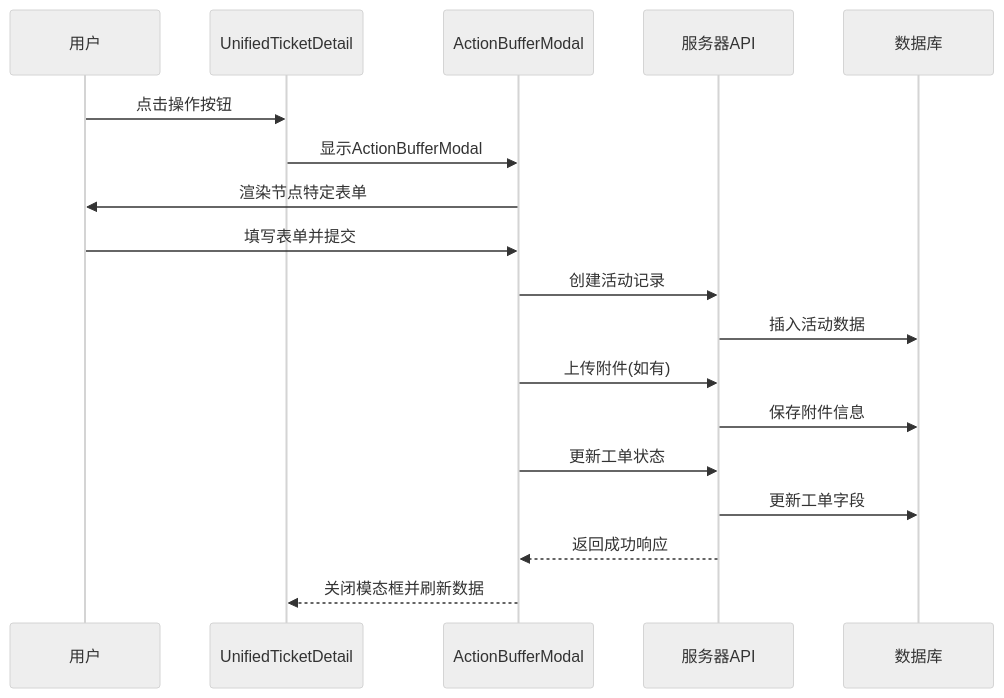
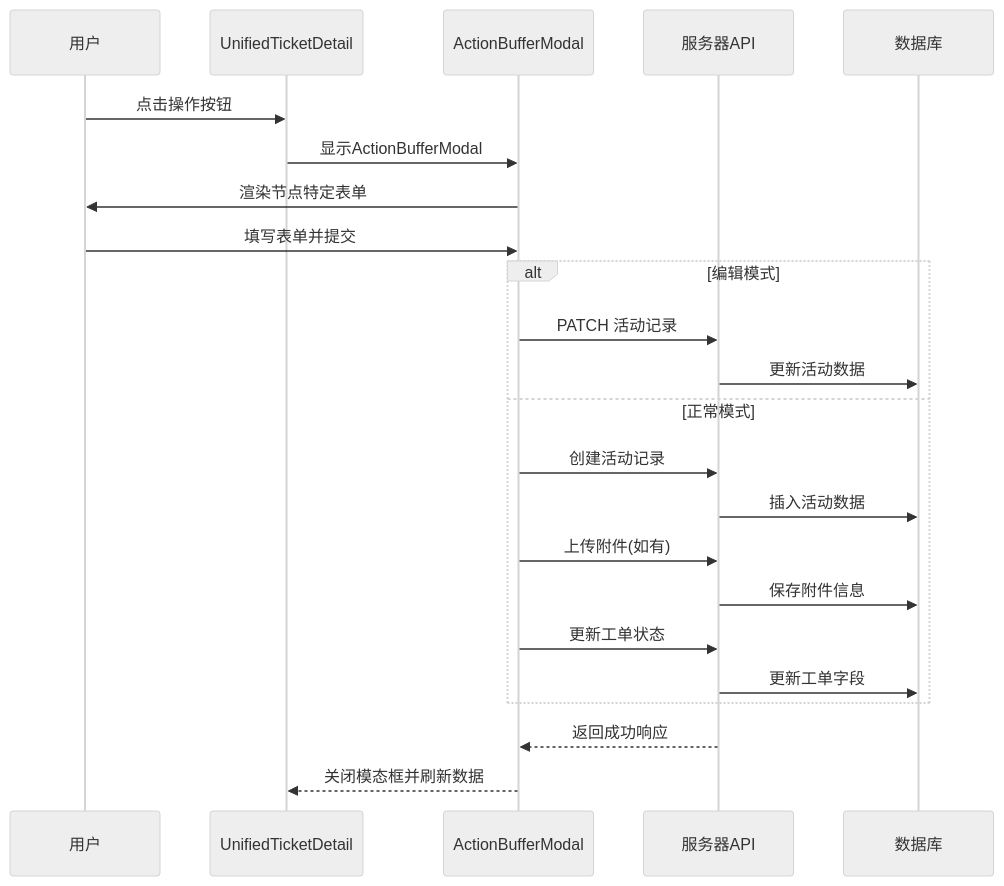
One commit to CubeEdge/Longhorn changed the second of 9 diagrams in .qoder/repowiki/zh/content/Action Buffer Modal.md. Above: the diagram before and after it, drawn with Mermaid (neutral theme). The commit also changed other lines of this file and 47 other files, not shown here.

````diff
--- a/.qoder/repowiki/zh/content/Action Buffer Modal.md
+++ b/.qoder/repowiki/zh/content/Action Buffer Modal.md
@@ -96,20 +112,25 @@
 ```mermaid
 sequenceDiagram
 participant User as 用户
 participant UTD as UnifiedTicketDetail
 participant ABM as ActionBufferModal
 participant API as 服务器API
 participant DB as 数据库
 User->>UTD : 点击操作按钮
 UTD->>ABM : 显示ActionBufferModal
 ABM->>User : 渲染节点特定表单
 User->>ABM : 填写表单并提交
+alt 编辑模式
+ABM->>API : PATCH 活动记录
+API->>DB : 更新活动数据
+else 正常模式
 ABM->>API : 创建活动记录
 API->>DB : 插入活动数据
 ABM->>API : 上传附件(如有)
 API->>DB : 保存附件信息
 ABM->>API : 更新工单状态
 API->>DB : 更新工单字段
+end
 API-->>ABM : 返回成功响应
 ABM-->>UTD : 关闭模态框并刷新数据
 ```
````
